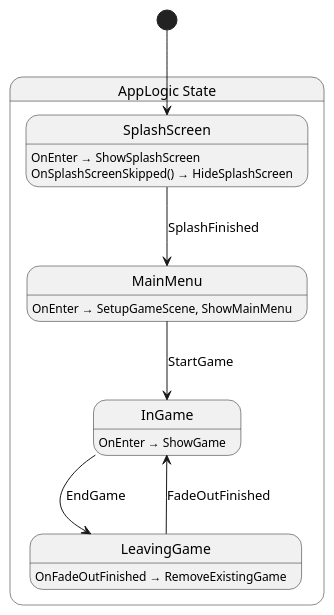
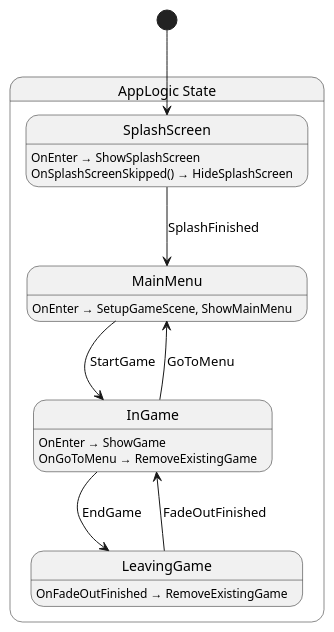
The diagram in src/app/state/AppLogic.g.puml (Ygoat/EternalJourney), drawn with PlantUML before and after one commit. The commit also changed 22 other files, not shown here.

Commit message:
リザルト画面の実装とゲーム終了フローの整備 - HP0時にリザルト画面を表示しバトルを非表示にする - スコア・タイムをリザルト画面に表示し、メニューへ戻る機能を追加 - GameRepoをGame.csで提供するよう変更 - ゲーム終了イベントの配線をロジック層(BattleUILogic/AppLogic)へ移動

```diff
--- a/src/app/state/AppLogic.g.puml
+++ b/src/app/state/AppLogic.g.puml
@@ -1,21 +1,23 @@
 @startuml AppLogic
 state "AppLogic State" as EternalJourney_App_State_AppLogic_State {
   state "SplashScreen" as EternalJourney_App_State_AppLogic_State_SplashScreen
   state "MainMenu" as EternalJourney_App_State_AppLogic_State_MainMenu
   state "InGame" as EternalJourney_App_State_AppLogic_State_InGame
   state "LeavingGame" as EternalJourney_App_State_AppLogic_State_LeavingGame
 }
 
 EternalJourney_App_State_AppLogic_State_InGame --> EternalJourney_App_State_AppLogic_State_LeavingGame : EndGame
+EternalJourney_App_State_AppLogic_State_InGame --> EternalJourney_App_State_AppLogic_State_MainMenu : GoToMenu
 EternalJourney_App_State_AppLogic_State_LeavingGame --> EternalJourney_App_State_AppLogic_State_InGame : FadeOutFinished
 EternalJourney_App_State_AppLogic_State_MainMenu --> EternalJourney_App_State_AppLogic_State_InGame : StartGame
 EternalJourney_App_State_AppLogic_State_SplashScreen --> EternalJourney_App_State_AppLogic_State_MainMenu : SplashFinished
 
 EternalJourney_App_State_AppLogic_State_InGame : OnEnter → ShowGame
+EternalJourney_App_State_AppLogic_State_InGame : OnGoToMenu → RemoveExistingGame
 EternalJourney_App_State_AppLogic_State_LeavingGame : OnFadeOutFinished → RemoveExistingGame
 EternalJourney_App_State_AppLogic_State_MainMenu : OnEnter → SetupGameScene, ShowMainMenu
 EternalJourney_App_State_AppLogic_State_SplashScreen : OnEnter → ShowSplashScreen
 EternalJourney_App_State_AppLogic_State_SplashScreen : OnSplashScreenSkipped() → HideSplashScreen
 
 [*] --> EternalJourney_App_State_AppLogic_State_SplashScreen
 @enduml
```
